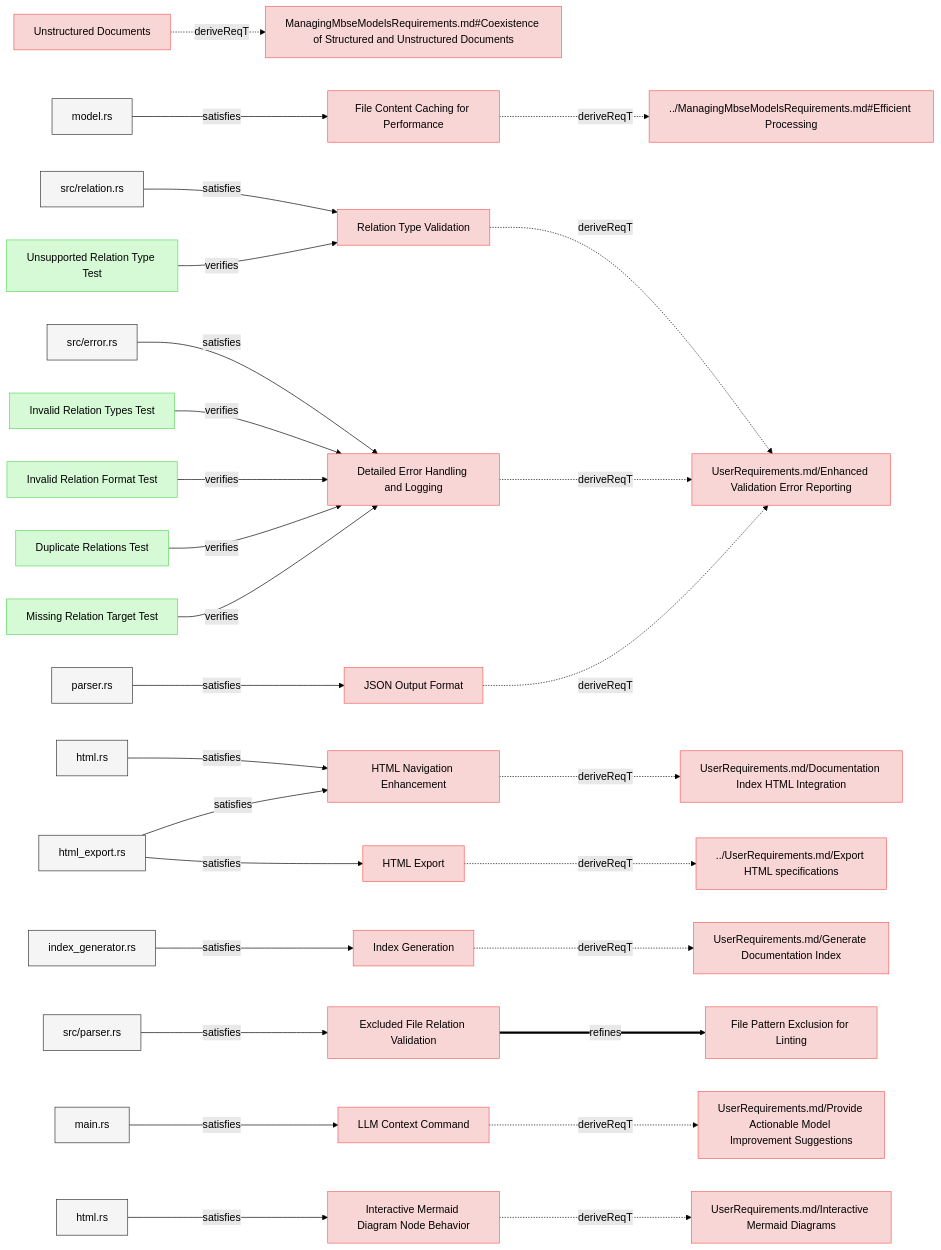
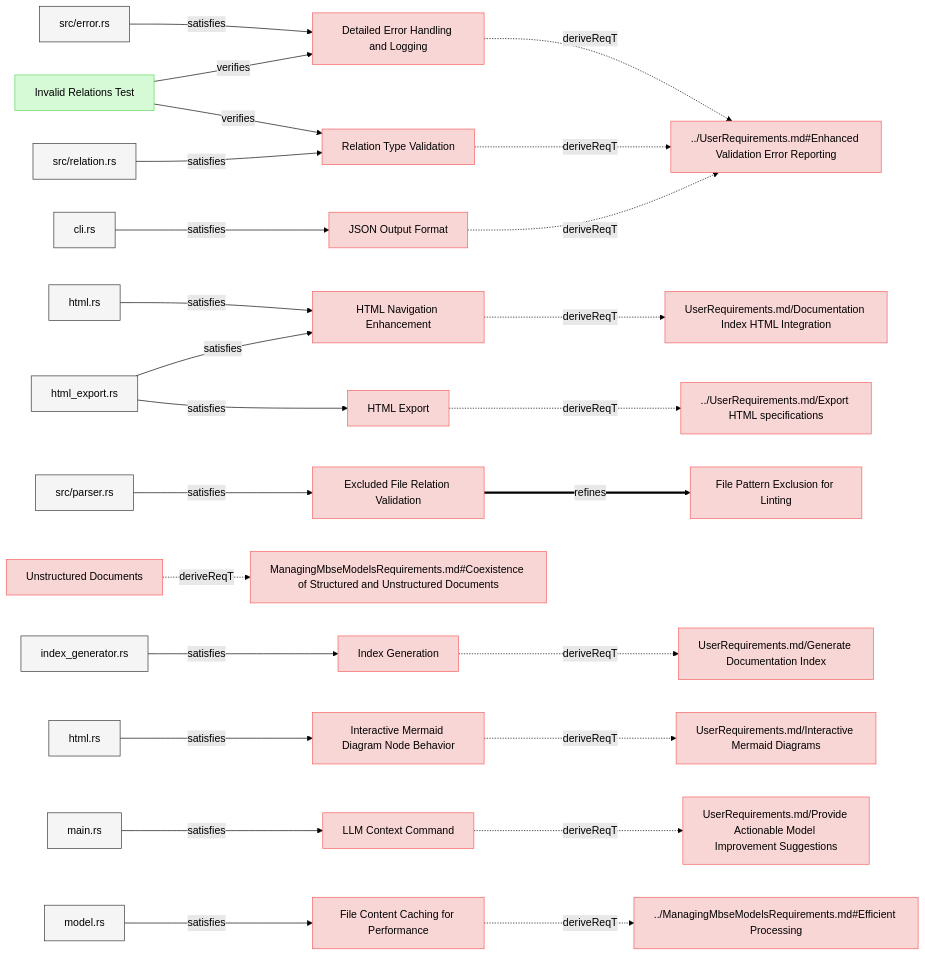
Before and after one commit to reqvire-org/reqvire: the third of 8 diagrams in specifications/SystemRequirements/Requirements.md, drawn with Mermaid (forest theme). The commit also changed other lines of this file and 92 other files, not shown here.

````diff
--- a/specifications/SystemRequirements/Requirements.md
+++ b/specifications/SystemRequirements/Requirements.md
@@ -251,6 +250,75 @@
   classDef externalLink fill:#d0e0ff,stroke:#3080ff,stroke-width:1px;
   classDef default fill:#f5f5f5,stroke:#333333,stroke-width:1px;
 
+  bdfd9d65e4["Detailed Error Handling and Logging"];
+  click bdfd9d65e4 "Requirements.md#detailed-error-handling-and-logging";
+  class bdfd9d65e4 requirement;
+  7cf5cf9900["../UserRequirements.md#Enhanced Validation Error Reporting"];
+  class 7cf5cf9900 requirement;
+  click 7cf5cf9900 "../UserRequirements.md#enhanced-validation-error-reporting";
+  bdfd9d65e4 -.->|deriveReqT| 7cf5cf9900;
+  8cd8a561b4["src/error.rs"];
+  class 8cd8a561b4 default;
+  click 8cd8a561b4 "../../core/src/error.rs";
+  8cd8a561b4 -->|satisfies| bdfd9d65e4;
+  fbf9362574["Invalid Relations Test"];
+  class fbf9362574 verification;
+  click fbf9362574 "../Verifications/ValidationTests.md#invalid-relations-test";
+  fbf9362574 -->|verifies| bdfd9d65e4;
+  86e0701b6c["HTML Navigation Enhancement"];
+  click 86e0701b6c "Requirements.md#html-navigation-enhancement";
+  class 86e0701b6c requirement;
+  e1c89b5d94["UserRequirements.md/Documentation Index HTML Integration"];
+  class e1c89b5d94 requirement;
+  click e1c89b5d94 "../UserRequirements.md#documentation-index-html-integration";
+  86e0701b6c -.->|deriveReqT| e1c89b5d94;
+  c788e5b84f["html.rs"];
+  class c788e5b84f default;
+  click c788e5b84f "../../core/src/html.rs";
+  c788e5b84f -->|satisfies| 86e0701b6c;
+  8cb11d152f["html_export.rs"];
+  class 8cb11d152f default;
+  click 8cb11d152f "../../core/src/html_export.rs";
+  8cb11d152f -->|satisfies| 86e0701b6c;
+  5870488e00["Relation Type Validation"];
+  click 5870488e00 "Requirements.md#relation-type-validation";
+  class 5870488e00 requirement;
+  5870488e00 -.->|deriveReqT| 7cf5cf9900;
+  ed4f94bde9["src/relation.rs"];
+  class ed4f94bde9 default;
+  click ed4f94bde9 "../../core/src/relation.rs";
+  ed4f94bde9 -->|satisfies| 5870488e00;
+  fbf9362574 -->|verifies| 5870488e00;
+  c5c85bedd1["Excluded File Relation Validation"];
+  click c5c85bedd1 "Requirements.md#excluded-file-relation-validation";
+  class c5c85bedd1 requirement;
+  45770e9b31["File Pattern Exclusion for Linting"];
+  class 45770e9b31 requirement;
+  click 45770e9b31 "Requirements.md#file-pattern-exclusion-for-linting";
+  c5c85bedd1 ==>|refines| 45770e9b31;
+  3b1e87396c["src/parser.rs"];
+  class 3b1e87396c default;
+  click 3b1e87396c "../../core/src/parser.rs";
+  3b1e87396c -->|satisfies| c5c85bedd1;
+  5ec6a2668b["JSON Output Format"];
+  click 5ec6a2668b "Requirements.md#json-output-format";
+  class 5ec6a2668b requirement;
+  5ec6a2668b -.->|deriveReqT| 7cf5cf9900;
+  11ffc4632a["cli.rs"];
+  class 11ffc4632a default;
+  click 11ffc4632a "../../cli/src/cli.rs";
+  11ffc4632a -->|satisfies| 5ec6a2668b;
+  8acd24c7c2["Index Generation"];
+  click 8acd24c7c2 "Requirements.md#index-generation";
+  class 8acd24c7c2 requirement;
+  f5b5eaeb28["UserRequirements.md/Generate Documentation Index"];
+  class f5b5eaeb28 requirement;
+  click f5b5eaeb28 "../UserRequirements.md#generate-documentation-index";
+  8acd24c7c2 -.->|deriveReqT| f5b5eaeb28;
+  3ef6afafe2["index_generator.rs"];
+  class 3ef6afafe2 default;
+  click 3ef6afafe2 "../../core/src/index_generator.rs";
+  3ef6afafe2 -->|satisfies| 8acd24c7c2;
   5a1719a264["Unstructured Documents"];
   click 5a1719a264 "Requirements.md#unstructured-documents";
   class 5a1719a264 requirement;
@@ -258,6 +326,36 @@
   class daadd8e583 requirement;
   click daadd8e583 "../ManagingMbseModelsRequirements.md#coexistence-of-structured-and-unstructured-documents";
   5a1719a264 -.->|deriveReqT| daadd8e583;
+  c8b6ccc187["HTML Export"];
+  click c8b6ccc187 "Requirements.md#html-export";
+  class c8b6ccc187 requirement;
+  72c7eda618["../UserRequirements.md/Export HTML specifications"];
+  class 72c7eda618 requirement;
+  click 72c7eda618 "../UserRequirements.md#export-html-specifications";
+  c8b6ccc187 -.->|deriveReqT| 72c7eda618;
+  8cb11d152f -->|satisfies| c8b6ccc187;
+  7a8da8dfee["Interactive Mermaid Diagram Node Behavior"];
+  click 7a8da8dfee "Requirements.md#interactive-mermaid-diagram-node-behavior";
+  class 7a8da8dfee requirement;
+  e867499409["UserRequirements.md/Interactive Mermaid Diagrams"];
+  class e867499409 requirement;
+  click e867499409 "../UserRequirements.md#interactive-mermaid-diagrams";
+  7a8da8dfee -.->|deriveReqT| e867499409;
+  d4240e2969["html.rs"];
+  class d4240e2969 default;
+  click d4240e2969 "../../core/src/diagrams.rs";
+  d4240e2969 -->|satisfies| 7a8da8dfee;
+  8ba9c7e059["LLM Context Command"];
+  click 8ba9c7e059 "Requirements.md#llm-context-command";
+  class 8ba9c7e059 requirement;
+  ec56dd665a["UserRequirements.md/Provide Actionable Model Improvement Suggestions"];
+  class ec56dd665a requirement;
+  click ec56dd665a "../UserRequirements.md#provide-actionable-model-improvement-suggestions";
+  8ba9c7e059 -.->|deriveReqT| ec56dd665a;
+  4a5edefd6e["main.rs"];
+  class 4a5edefd6e default;
+  click 4a5edefd6e "../../cli/src/main.rs";
+  4a5edefd6e -->|satisfies| 8ba9c7e059;
   98bd2bd6bd["File Content Caching for Performance"];
   click 98bd2bd6bd "Requirements.md#file-content-caching-for-performance";
   class 98bd2bd6bd requirement;
@@ -265,122 +363,8 @@
   class 21e4eb87cb requirement;
   click 21e4eb87cb "../ManagingMbseModelsRequirements.md#efficient-processing";
   98bd2bd6bd -.->|deriveReqT| 21e4eb87cb;
-  74b4dd6a32["model.rs"];
-  class 74b4dd6a32 default;
-  click 74b4dd6a32 "../../src/model.rs";
-  74b4dd6a32 -->|satisfies| 98bd2bd6bd;
-  5870488e00["Relation Type Validation"];
-  click 5870488e00 "Requirements.md#relation-type-validation";
-  class 5870488e00 requirement;
-  7cf5cf9900["UserRequirements.md/Enhanced Validation Error Reporting"];
-  class 7cf5cf9900 requirement;
-  click 7cf5cf9900 "../UserRequirements.md#enhanced-validation-error-reporting";
-  5870488e00 -.->|deriveReqT| 7cf5cf9900;
-  7f89a342b7["src/relation.rs"];
-  class 7f89a342b7 default;
-  click 7f89a342b7 "../../src/relation.rs";
-  7f89a342b7 -->|satisfies| 5870488e00;
-  47e4d671c1["Unsupported Relation Type Test"];
-  class 47e4d671c1 verification;
-  click 47e4d671c1 "../Verifications/ValidationTests.md#unsupported-relation-type-test";
-  47e4d671c1 -->|verifies| 5870488e00;
-  86e0701b6c["HTML Navigation Enhancement"];
-  click 86e0701b6c "Requirements.md#html-navigation-enhancement";
-  class 86e0701b6c requirement;
-  e1c89b5d94["UserRequirements.md/Documentation Index HTML Integration"];
-  class e1c89b5d94 requirement;
-  click e1c89b5d94 "../UserRequirements.md#documentation-index-html-integration";
-  86e0701b6c -.->|deriveReqT| e1c89b5d94;
-  26182a4f81["html.rs"];
-  class 26182a4f81 default;
-  click 26182a4f81 "../../src/html.rs";
-  26182a4f81 -->|satisfies| 86e0701b6c;
-  b55a4dd946["html_export.rs"];
-  class b55a4dd946 default;
-  click b55a4dd946 "../../src/html_export.rs";
-  b55a4dd946 -->|satisfies| 86e0701b6c;
-  c8b6ccc187["HTML Export"];
-  click c8b6ccc187 "Requirements.md#html-export";
-  class c8b6ccc187 requirement;
-  72c7eda618["../UserRequirements.md/Export HTML specifications"];
-  class 72c7eda618 requirement;
-  click 72c7eda618 "../UserRequirements.md#export-html-specifications";
-  c8b6ccc187 -.->|deriveReqT| 72c7eda618;
-  b55a4dd946 -->|satisfies| c8b6ccc187;
-  8acd24c7c2["Index Generation"];
-  click 8acd24c7c2 "Requirements.md#index-generation";
-  class 8acd24c7c2 requirement;
-  f5b5eaeb28["UserRequirements.md/Generate Documentation Index"];
-  class f5b5eaeb28 requirement;
-  click f5b5eaeb28 "../UserRequirements.md#generate-documentation-index";
-  8acd24c7c2 -.->|deriveReqT| f5b5eaeb28;
-  68559a12f4["index_generator.rs"];
-  class 68559a12f4 default;
-  click 68559a12f4 "../../src/index_generator.rs";
-  68559a12f4 -->|satisfies| 8acd24c7c2;
-  c5c85bedd1["Excluded File Relation Validation"];
-  click c5c85bedd1 "Requirements.md#excluded-file-relation-validation";
-  class c5c85bedd1 requirement;
-  45770e9b31["File Pattern Exclusion for Linting"];
-  class 45770e9b31 requirement;
-  click 45770e9b31 "Requirements.md#file-pattern-exclusion-for-linting";
-  c5c85bedd1 ==>|refines| 45770e9b31;
-  c1dd54a249["src/parser.rs"];
-  class c1dd54a249 default;
-  click c1dd54a249 "../../src/parser.rs";
-  c1dd54a249 -->|satisfies| c5c85bedd1;
-  bdfd9d65e4["Detailed Error Handling and Logging"];
-  click bdfd9d65e4 "Requirements.md#detailed-error-handling-and-logging";
-  class bdfd9d65e4 requirement;
-  bdfd9d65e4 -.->|deriveReqT| 7cf5cf9900;
-  99af5c72de["src/error.rs"];
-  class 99af5c72de default;
-  click 99af5c72de "../../src/error.rs";
-  99af5c72de -->|satisfies| bdfd9d65e4;
-  cea8390c33["Invalid Relation Types Test"];
-  class cea8390c33 verification;
-  click cea8390c33 "../Verifications/ValidationTests.md#invalid-relation-types-test";
-  cea8390c33 -->|verifies| bdfd9d65e4;
-  b598b28754["Invalid Relation Format Test"];
-  class b598b28754 verification;
-  click b598b28754 "../Verifications/ValidationTests.md#invalid-relation-format-test";
-  b598b28754 -->|verifies| bdfd9d65e4;
-  d0187b8703["Duplicate Relations Test"];
-  class d0187b8703 verification;
-  click d0187b8703 "../Verifications/ValidationTests.md#duplicate-relations-test";
-  d0187b8703 -->|verifies| bdfd9d65e4;
-  5ee74702ae["Missing Relation Target Test"];
-  class 5ee74702ae verification;
-  click 5ee74702ae "../Verifications/ValidationTests.md#missing-relation-target-test";
-  5ee74702ae -->|verifies| bdfd9d65e4;
-  8ba9c7e059["LLM Context Command"];
-  click 8ba9c7e059 "Requirements.md#llm-context-command";
-  class 8ba9c7e059 requirement;
-  ec56dd665a["UserRequirements.md/Provide Actionable Model Improvement Suggestions"];
-  class ec56dd665a requirement;
-  click ec56dd665a "../UserRequirements.md#provide-actionable-model-improvement-suggestions";
-  8ba9c7e059 -.->|deriveReqT| ec56dd665a;
-  508bcd1e4a["main.rs"];
-  class 508bcd1e4a default;
-  click 508bcd1e4a "../../src/main.rs";
-  508bcd1e4a -->|satisfies| 8ba9c7e059;
-  5ec6a2668b["JSON Output Format"];
-  click 5ec6a2668b "Requirements.md#json-output-format";
-  class 5ec6a2668b requirement;
-  5ec6a2668b -.->|deriveReqT| 7cf5cf9900;
-  6b749da146["parser.rs"];
-  class 6b749da146 default;
-  click 6b749da146 "../../src/cli.rs";
-  6b749da146 -->|satisfies| 5ec6a2668b;
-  7a8da8dfee["Interactive Mermaid Diagram Node Behavior"];
-  click 7a8da8dfee "Requirements.md#interactive-mermaid-diagram-node-behavior";
-  class 7a8da8dfee requirement;
-  e867499409["UserRequirements.md/Interactive Mermaid Diagrams"];
-  class e867499409 requirement;
-  click e867499409 "../UserRequirements.md#interactive-mermaid-diagrams";
-  7a8da8dfee -.->|deriveReqT| e867499409;
-  d9e753e4d8["html.rs"];
-  class d9e753e4d8 default;
-  click d9e753e4d8 "../../src/diagrams.rs";
-  d9e753e4d8 -->|satisfies| 7a8da8dfee;
+  6136c216c9["model.rs"];
+  class 6136c216c9 default;
+  click 6136c216c9 "../../core/src/model.rs";
+  6136c216c9 -->|satisfies| 98bd2bd6bd;
 ```
````
